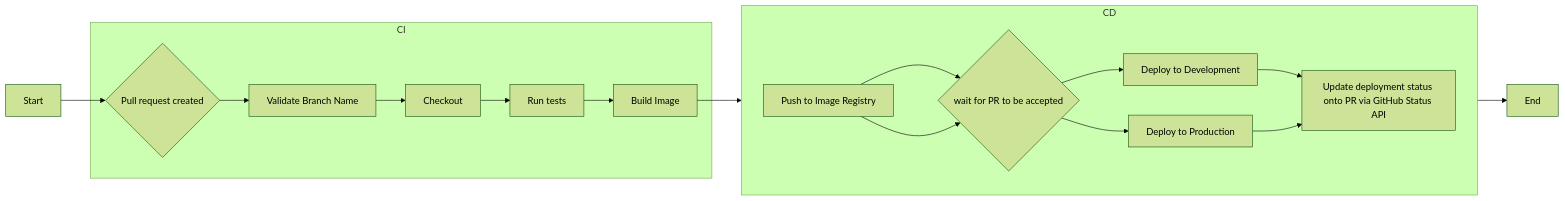
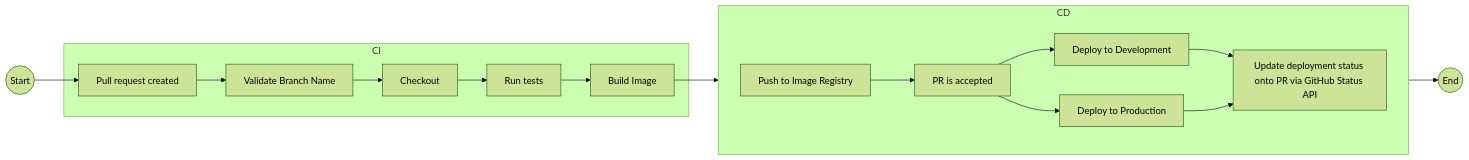
One commit to Qu11et/UIT-TTDN changed the diagram in week02-04/README.md. Above: the diagram before and after it, drawn with Mermaid (forest theme).

Commit message:
Update README.md flowchart

````diff
--- a/week02-04/README.md
+++ b/week02-04/README.md
@@ -53,29 +53,30 @@
 ```mermaid
 flowchart LR
  subgraph ci["CI"]
-        pr{"Pull request created"}
+        pr["Pull request created"]
         validate["Validate Branch Name"]
         checkout["Checkout"]
         build["Build Image"]
-        test["Run tests"]    
+        test["Run tests"]
+        
   end
  subgraph cd["CD"]
     direction LR
         push["Push to Image Registry"] 
-        pra{"wait for PR to be accepted"}
+        pra["PR is accepted"]
         deployDev["Deploy to Development"]
         deployProd["Deploy to Production"]
         postAct["Update deployment status onto PR via GitHub Status API"]
         
   end
-    start["Start"] --> pr --> validate
+    start(("Start")) --> pr --> validate
     validate --> checkout
     checkout --> test
     test --> build
     build --> push
     push --> pra --> deployDev
-    push --> pra --> deployProd
+    pra --> deployProd
     deployDev --> postAct
     deployProd --> postAct
-    postAct --> endi["End"]
+    postAct --> endi(("End"))
 ```
````
